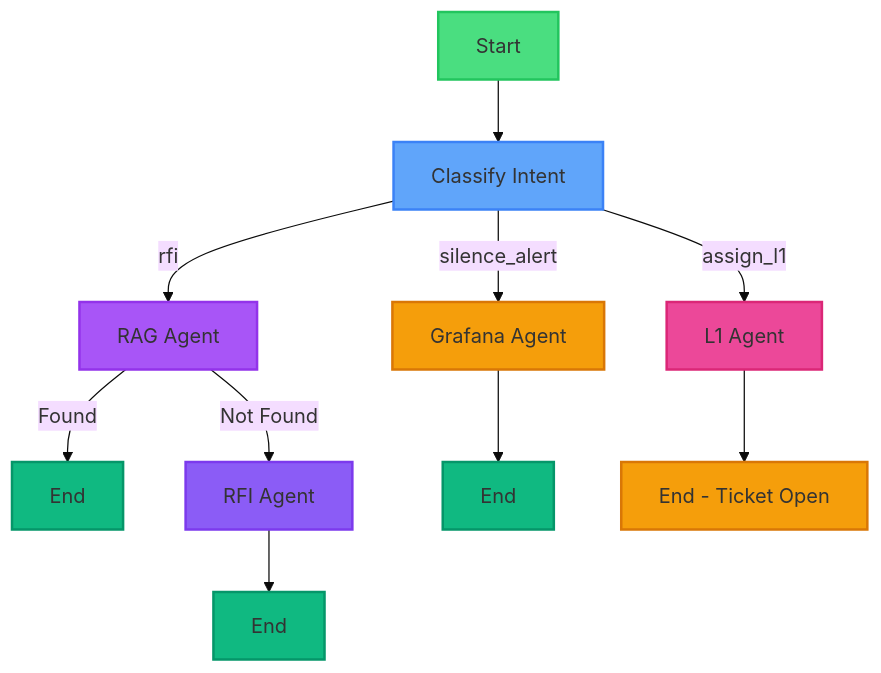
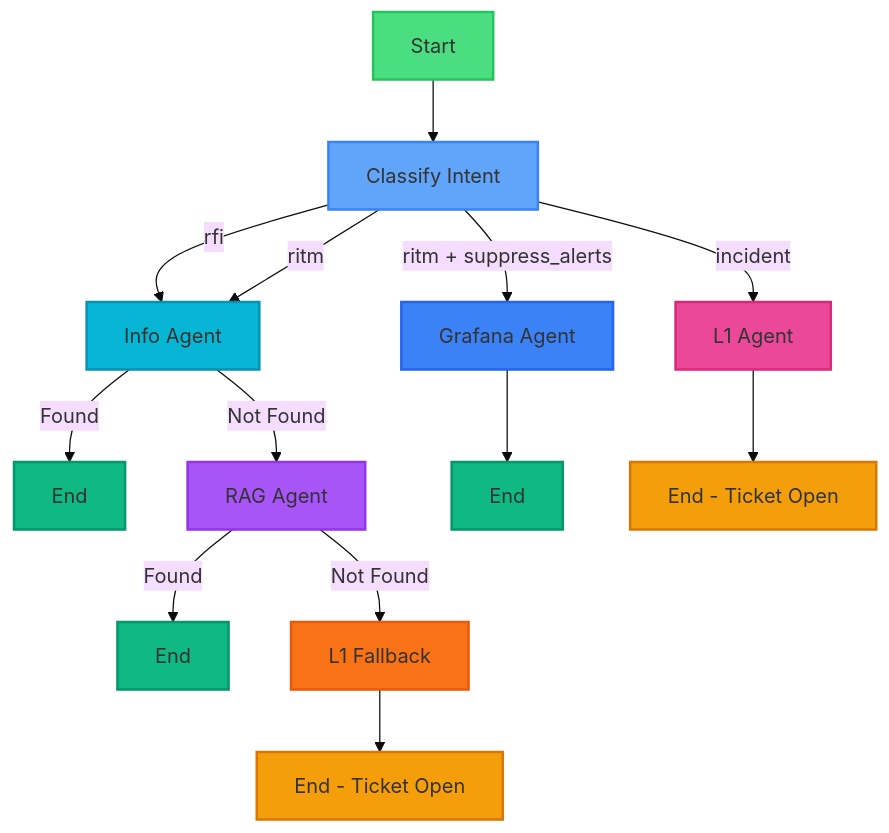
The first of 2 diagrams in WORKFLOW_DIAGRAMS.md (shijithkm/snow-agent), drawn with Mermaid (base theme) before and after one commit. The commit also changed other lines of this file and 29 other files, not shown here.

````diff
--- a/WORKFLOW_DIAGRAMS.md
+++ b/WORKFLOW_DIAGRAMS.md
@@ -5,26 +5,32 @@
 ```mermaid
 graph TD
     Start[Start] --> Classify[Classify Intent]
 
-    Classify -->|silence_alert| Grafana[Grafana Agent]
-    Classify -->|rfi| RAG[RAG Agent]
-    Classify -->|assign_l1| L1[L1 Agent]
+    Classify -->|ritm + suppress_alerts| Grafana[Grafana Agent]
+    Classify -->|rfi| Info[Info Agent]
+    Classify -->|ritm| Info
+    Classify -->|incident| L1[L1 Agent]
 
-    RAG -->|Found| End1[End]
-    RAG -->|Not Found| RFI[RFI Agent]
+    Info -->|Found| End1[End]
+    Info -->|Not Found| RAG[RAG Agent]
 
-    Grafana --> End2[End]
-    RFI --> End3[End]
+    RAG -->|Found| End2[End]
+    RAG -->|Not Found| L1Fallback[L1 Fallback]
+
+    Grafana --> End3[End]
     L1 --> End4[End - Ticket Open]
+    L1Fallback --> End5[End - Ticket Open]
 
     style Start fill:#4ade80,stroke:#22c55e,stroke-width:2px
     style Classify fill:#60a5fa,stroke:#3b82f6,stroke-width:2px
-    style Grafana fill:#f59e0b,stroke:#d97706,stroke-width:2px
+    style Grafana fill:#3b82f6,stroke:#2563eb,stroke-width:2px
+    style Info fill:#06b6d4,stroke:#0891b2,stroke-width:2px
     style RAG fill:#a855f7,stroke:#9333ea,stroke-width:2px
-    style RFI fill:#8b5cf6,stroke:#7c3aed,stroke-width:2px
     style L1 fill:#ec4899,stroke:#db2777,stroke-width:2px
+    style L1Fallback fill:#f97316,stroke:#ea580c,stroke-width:2px
     style End1 fill:#10b981,stroke:#059669,stroke-width:2px
     style End2 fill:#10b981,stroke:#059669,stroke-width:2px
     style End3 fill:#10b981,stroke:#059669,stroke-width:2px
     style End4 fill:#f59e0b,stroke:#d97706,stroke-width:2px
+    style End5 fill:#f59e0b,stroke:#d97706,stroke-width:2px
 ```
````
